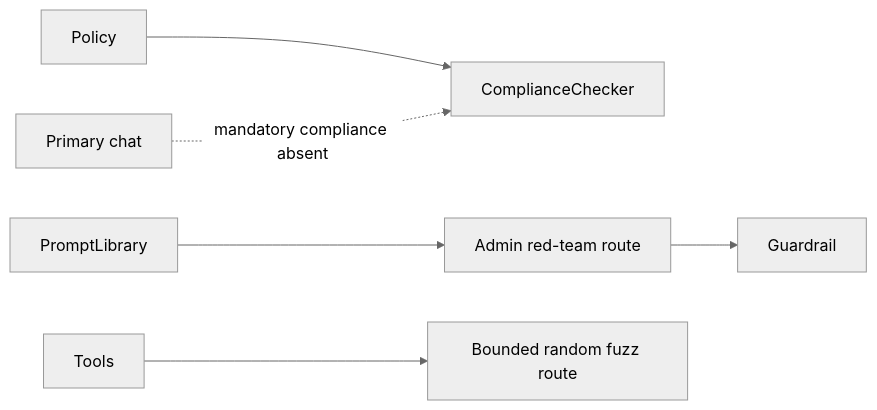
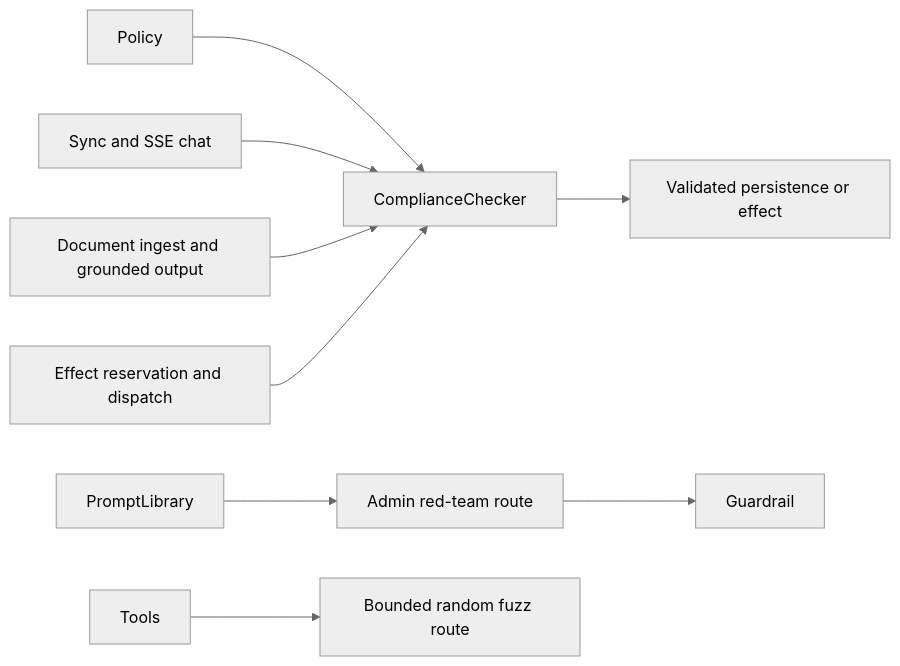
Before and after one commit to levalencia/archon: the first of 2 diagrams in docs/course/concepts/compliance-red-teaming.md, drawn with Mermaid (neutral theme). The commit also changed other lines of this file and 20 other files, not shown here.

````diff
--- a/docs/course/concepts/compliance-red-teaming.md
+++ b/docs/course/concepts/compliance-red-teaming.md
@@ -19,8 +19,11 @@
 ```mermaid
 flowchart LR
     Policy --> Checker[ComplianceChecker]
+    Chat[Sync and SSE chat] --> Checker
+    Documents[Document ingest and grounded output] --> Checker
+    Effects[Effect reservation and dispatch] --> Checker
+    Checker --> Persist[Validated persistence or effect]
     PromptLibrary --> RedTeam[Admin red-team route]
     RedTeam --> Guardrail
     Tools --> Fuzzer[Bounded random fuzz route]
-    Chat[Primary chat] -. mandatory compliance absent .-> Checker
 ```
````
